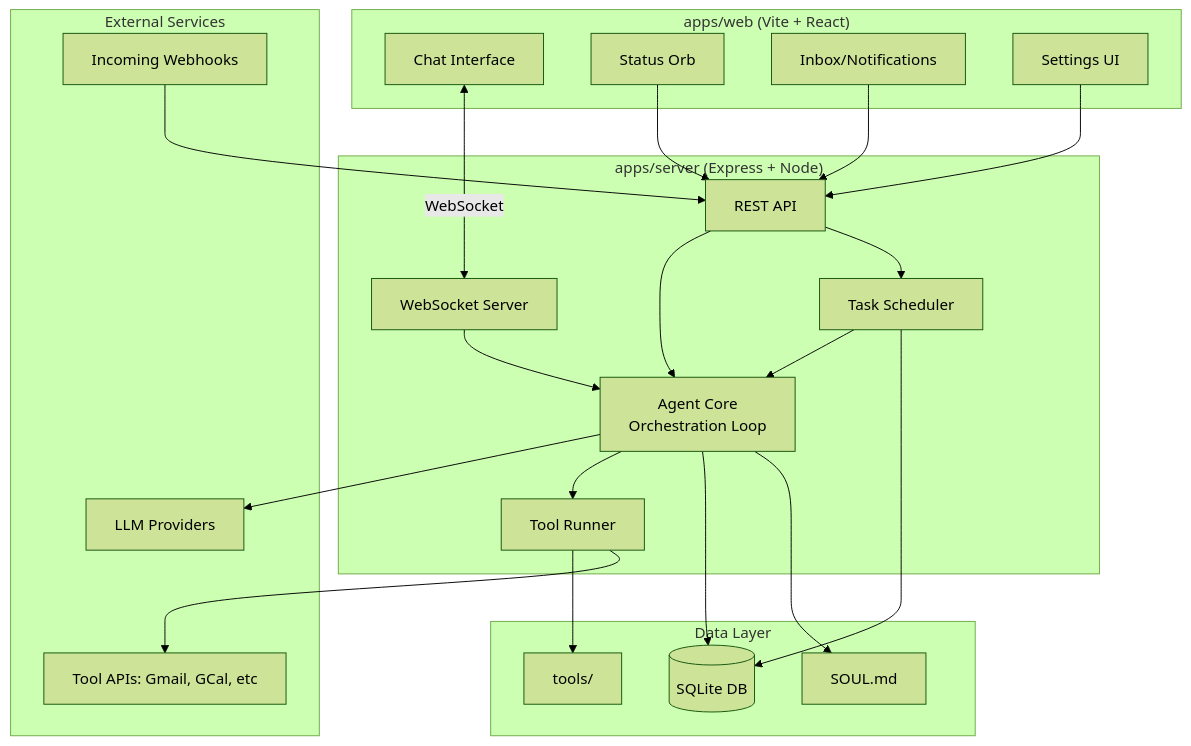
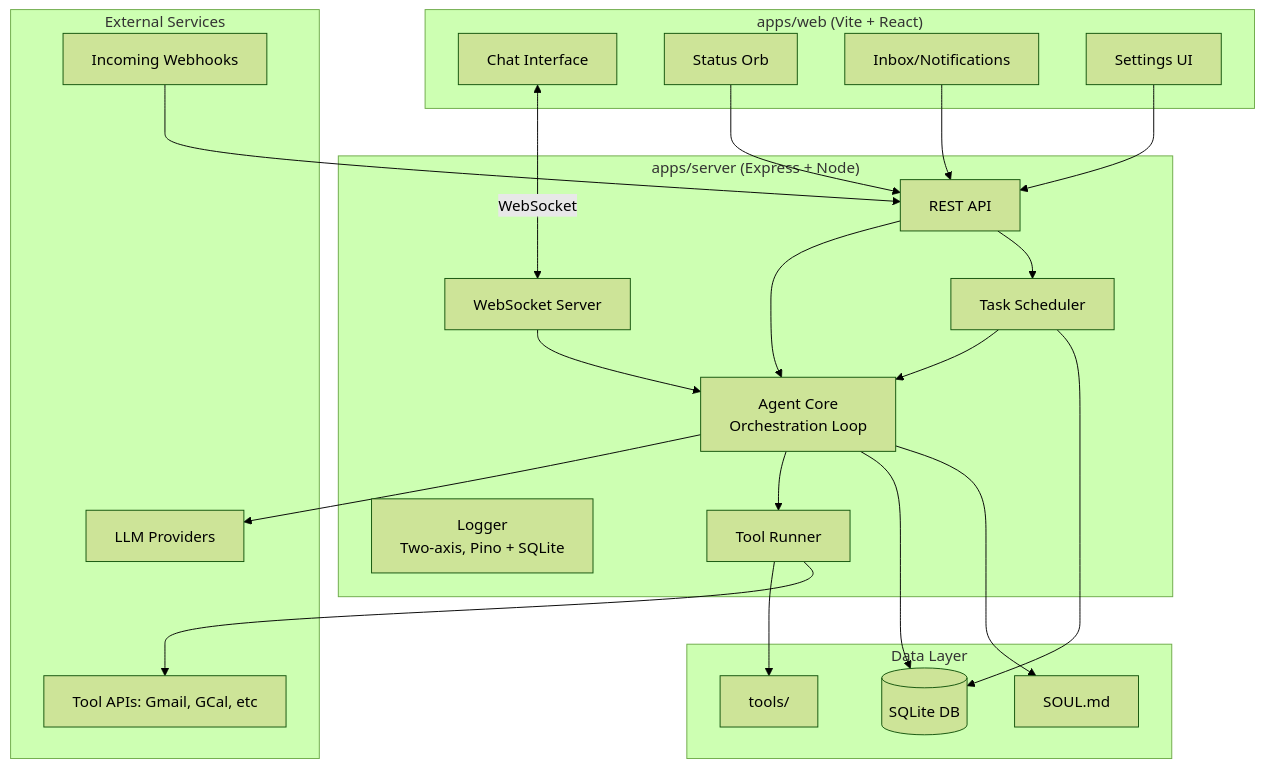
One commit to rsteckler/talos changed the diagram in .ai/plans/talos_agent_platform.plan.md. Above: the diagram before and after it, drawn with Mermaid (forest theme). The commit also changed other lines of this file, not shown here.

Commit message:
Update plan doc with Phase 5 completion notes, logging system, and architectural decisions

````diff
--- a/.ai/plans/talos_agent_platform.plan.md
+++ b/.ai/plans/talos_agent_platform.plan.md
@@ -41,50 +41,51 @@
 ```mermaid
 graph TB
     subgraph Frontend["apps/web (Vite + React)"]
         Chat[Chat Interface]
         Orb[Status Orb]
         Inbox[Inbox/Notifications]
         Settings[Settings UI]
     end
     
     subgraph Backend["apps/server (Express + Node)"]
         API[REST API]
         WS[WebSocket Server]
+        Logger[Logger<br/>Two-axis, Pino + SQLite]
         Scheduler[Task Scheduler]
         ToolRunner[Tool Runner]
         AgentCore[Agent Core<br/>Orchestration Loop]
     end
-    
+
     subgraph Data["Data Layer"]
         SQLite[(SQLite DB)]
         SoulMD[SOUL.md]
         ToolsDir[tools/]
     end
     
     subgraph External["External Services"]
         LLM[LLM Providers]
         Webhooks[Incoming Webhooks]
         ToolAPIs[Tool APIs: Gmail, GCal, etc]
     end
     
     Chat <-->|WebSocket| WS
     Orb --> API
     Inbox --> API
     Settings --> API
     
     WS --> AgentCore
     API --> AgentCore
     API --> Scheduler
     
     AgentCore --> LLM
     AgentCore --> ToolRunner
     ToolRunner --> ToolsDir
     ToolRunner --> ToolAPIs
     
     Scheduler --> AgentCore
     Webhooks --> API
     
     AgentCore --> SQLite
     Scheduler --> SQLite
     AgentCore --> SoulMD
 ```
````
